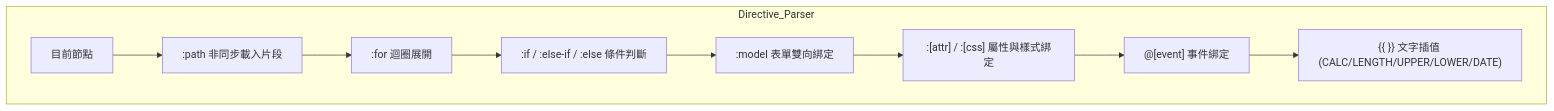
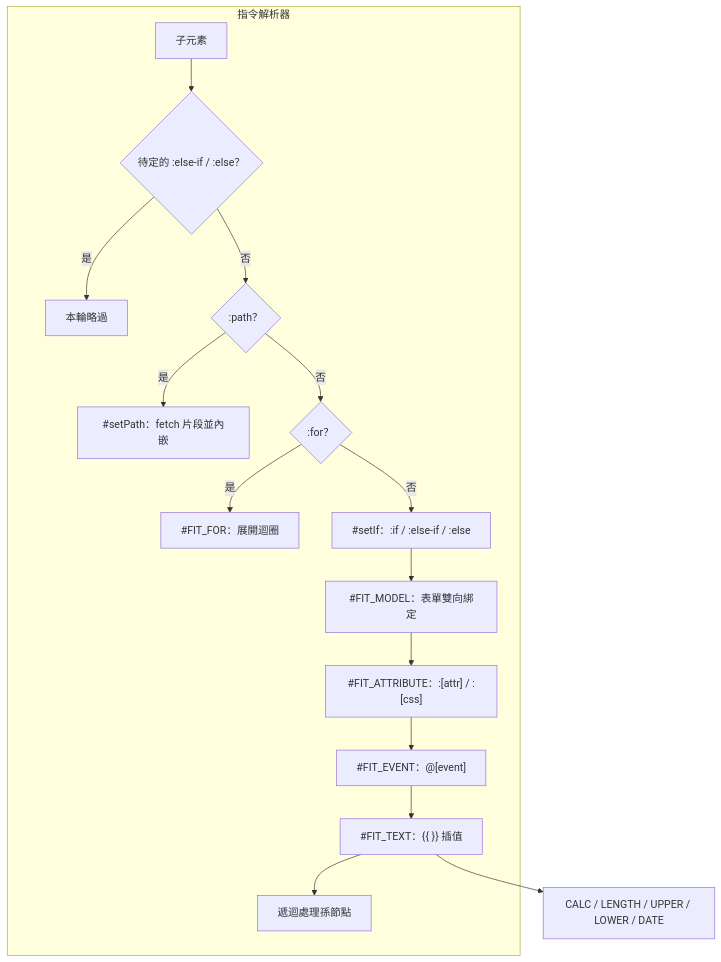
The fourth of 7 diagrams in doc/architecture.zh.md (pardnio/RenderJS), drawn with Mermaid before and after one commit. The commit also changed other lines of this file and 8 other files, not shown here.

````diff
--- a/doc/architecture.zh.md
+++ b/doc/architecture.zh.md
@@ -40,12 +62,18 @@
 ```mermaid
 graph TB
-    subgraph Directive_Parser
-        Node[目前節點] --> Path[":path 非同步載入片段"]
-        Path --> For[":for 迴圈展開"]
-        For --> If[":if / :else-if / :else 條件判斷"]
-        If --> Model_[":model 表單雙向綁定"]
-        Model_ --> Attr[":[attr] / :[css] 屬性與樣式綁定"]
-        Attr --> Event["@[event] 事件綁定"]
-        Event --> Interp["{{ }} 文字插值 (CALC/LENGTH/UPPER/LOWER/DATE)"]
+    subgraph 指令解析器
+        Node[子元素] --> Pending{"待定的 :else-if / :else？"}
+        Pending -->|是| Skip[本輪略過]
+        Pending -->|否| PathCheck{":path？"}
+        PathCheck -->|是| SetPath["#setPath：fetch 片段並內嵌"]
+        PathCheck -->|否| ForCheck{":for？"}
+        ForCheck -->|是| FitFor["#FIT_FOR：展開迴圈"]
+        ForCheck -->|否| SetIf["#setIf：:if / :else-if / :else"]
+        SetIf --> FitModel["#FIT_MODEL：表單雙向綁定"]
+        FitModel --> FitAttr["#FIT_ATTRIBUTE：:[attr] / :[css]"]
+        FitAttr --> FitEvent["#FIT_EVENT：@[event]"]
+        FitEvent --> FitText["#FIT_TEXT：{{ }} 插值"]
+        FitText --> Recurse[遞迴處理孫節點]
     end
+    FitText --> Helpers["CALC / LENGTH / UPPER / LOWER / DATE"]
 ```
````
